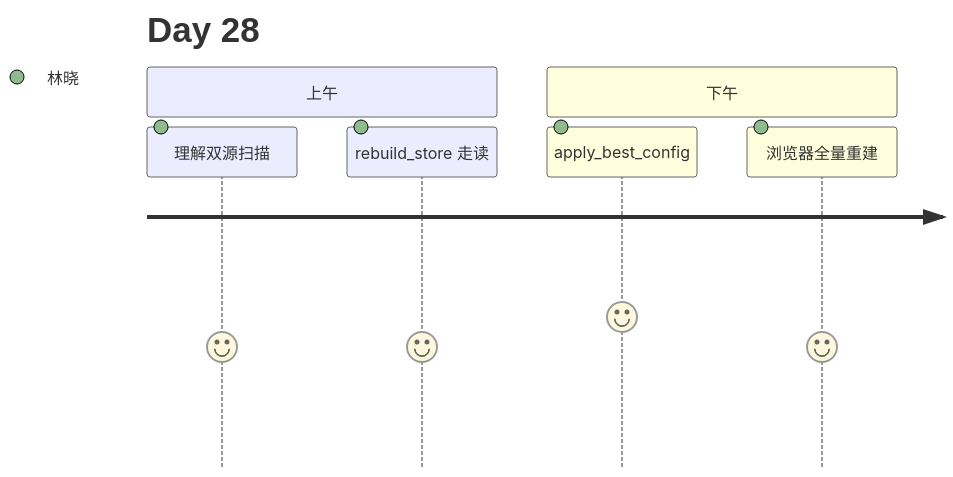
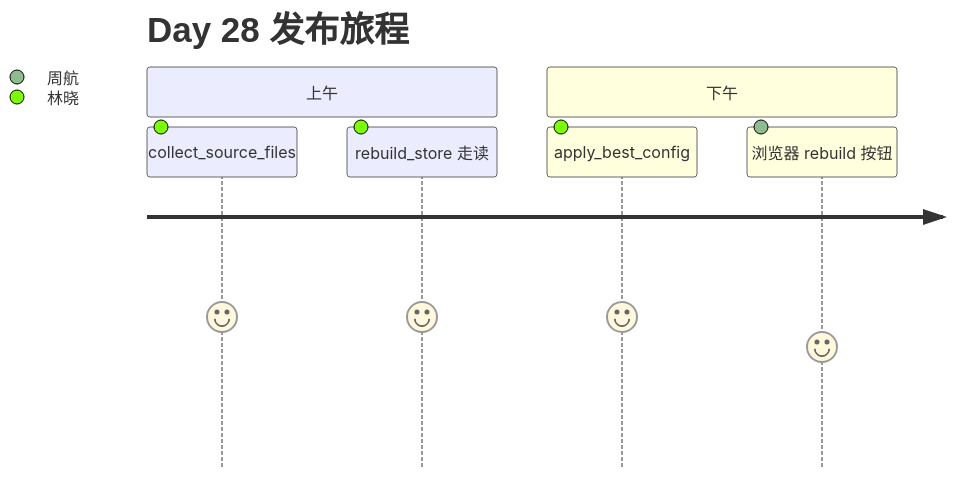
The diagram in course/day28/00_旁白解读.md (ab6539763/70_days_course_plus), drawn with Mermaid before and after one commit. The commit also changed other lines of this file and 229 other files, not shown here.

````diff
--- a/course/day28/00_旁白解读.md
+++ b/course/day28/00_旁白解读.md
@@ -11,10 +19,10 @@
 ```mermaid
 journey
-    title Day 28
+    title Day 28 发布旅程
     section 上午
-      理解双源扫描: 4: 林晓
-      rebuild_store 走读: 4: 林晓
+      collect_source_files: 5: 林晓
+      rebuild_store 走读: 5: 林晓
     section 下午
       apply_best_config: 5: 林晓
-      浏览器全量重建: 4: 林晓
+      浏览器 rebuild 按钮: 4: 周航
 ```
````
